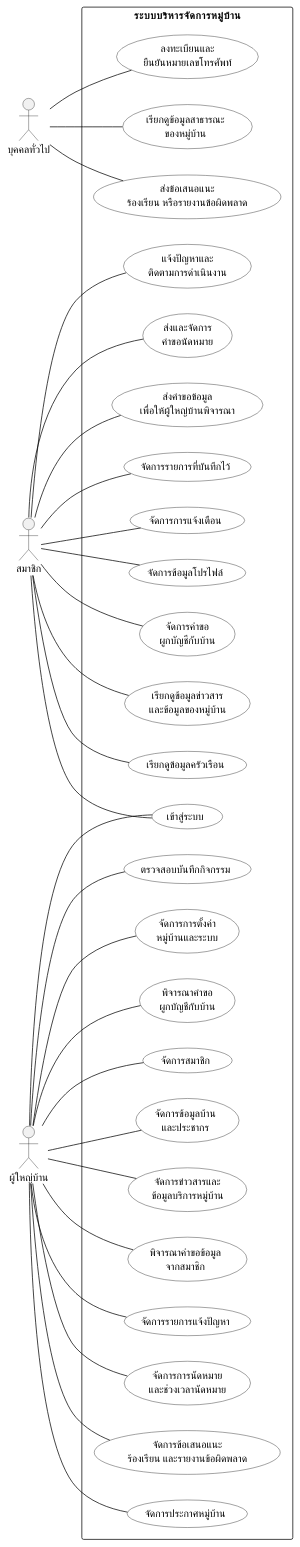
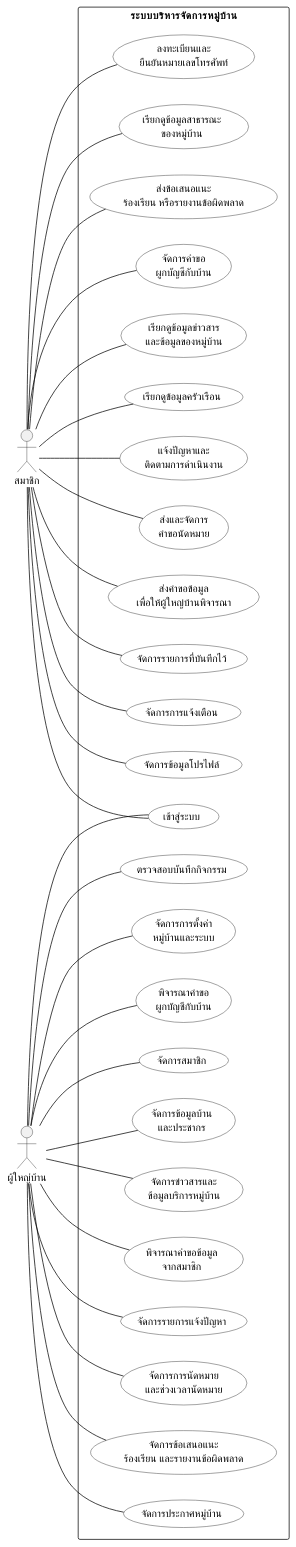
One commit to Yimnastiz/village_management changed the diagram in public/brand/usecasesystem.puml. Above: the diagram before and after it, drawn with PlantUML. The commit also changed 3 other files, not shown here.

```diff
--- a/public/brand/usecasesystem.puml
+++ b/public/brand/usecasesystem.puml
@@ -1,98 +1,97 @@
 @startuml
 left to right direction
 
 skinparam monochrome true
 skinparam shadowing false
 skinparam packageStyle rectangle
 skinparam actorStyle stickman
 skinparam usecase {
     BackgroundColor white
     BorderColor black
     ArrowColor black
 }
 skinparam rectangle {
     BackgroundColor white
     BorderColor black
 }
 
-actor "บุคคลทั่วไป" as Guest
 actor "สมาชิก" as Resident
 actor "ผู้ใหญ่บ้าน" as Headman
 
 rectangle "ระบบบริหารจัดการหมู่บ้าน" {
 
     ' =========================
     ' บุคคลทั่วไป
     ' =========================
     usecase "ลงทะเบียนและ\nยืนยันหมายเลขโทรศัพท์" as UC01
     usecase "เรียกดูข้อมูลสาธารณะ\nของหมู่บ้าน" as UC02
     usecase "ส่งข้อเสนอแนะ\nร้องเรียน หรือรายงานข้อผิดพลาด" as UC03
 
     ' =========================
     ' สมาชิก
     ' =========================
     usecase "เข้าสู่ระบบ" as UC04
     usecase "จัดการคำขอ\nผูกบัญชีกับบ้าน" as UC05
     usecase "เรียกดูข้อมูลข่าวสาร\nและข้อมูลของหมู่บ้าน" as UC06
     usecase "เรียกดูข้อมูลครัวเรือน" as UC07
     usecase "แจ้งปัญหาและ\nติดตามการดำเนินงาน" as UC08
     usecase "ส่งและจัดการ\nคำขอนัดหมาย" as UC09
     usecase "ส่งคำขอข้อมูล\nเพื่อให้ผู้ใหญ่บ้านพิจารณา" as UC10
     usecase "จัดการรายการที่บันทึกไว้" as UC11
     usecase "จัดการการแจ้งเตือน" as UC12
     usecase "จัดการข้อมูลโปรไฟล์" as UC13
 
     ' =========================
     ' ผู้ใหญ่บ้าน
     ' =========================
     usecase "พิจารณาคำขอ\nผูกบัญชีกับบ้าน" as UC14
     usecase "จัดการสมาชิก" as UC15
     usecase "จัดการข้อมูลบ้าน\nและประชากร" as UC16
     usecase "จัดการข่าวสารและ\nข้อมูลบริการหมู่บ้าน" as UC17
     usecase "พิจารณาคำขอข้อมูล\nจากสมาชิก" as UC18
     usecase "จัดการรายการแจ้งปัญหา" as UC19
     usecase "จัดการการนัดหมาย\nและช่วงเวลานัดหมาย" as UC20
     usecase "จัดการข้อเสนอแนะ\nร้องเรียน และรายงานข้อผิดพลาด" as UC21
     usecase "จัดการประกาศหมู่บ้าน" as UC22
     usecase "ตรวจสอบบันทึกกิจกรรม" as UC23
     usecase "จัดการการตั้งค่า\nหมู่บ้านและระบบ" as UC24
 }
 
 ' =========================
-' ความสัมพันธ์ของบุคคลทั่วไป
+' ความสัมพันธ์ของสมาชิก (รวมการใช้งานก่อนเข้าสู่ระบบ)
 ' =========================
-Guest -- UC01
-Guest -- UC02
-Guest -- UC03
+Resident -- UC01
+Resident -- UC02
+Resident -- UC03
 
 ' =========================
 ' ความสัมพันธ์ของสมาชิก
 ' =========================
 Resident -- UC04
 Resident -- UC05
 Resident -- UC06
 Resident -- UC07
 Resident -- UC08
 Resident -- UC09
 Resident -- UC10
 Resident -- UC11
 Resident -- UC12
 Resident -- UC13
 
 ' =========================
 ' ความสัมพันธ์ของผู้ใหญ่บ้าน
 ' =========================
 Headman -- UC04
 Headman -- UC14
 Headman -- UC15
 Headman -- UC16
 Headman -- UC17
 Headman -- UC18
 Headman -- UC19
 Headman -- UC20
 Headman -- UC21
 Headman -- UC22
 Headman -- UC23
 Headman -- UC24
 
 @enduml
```
